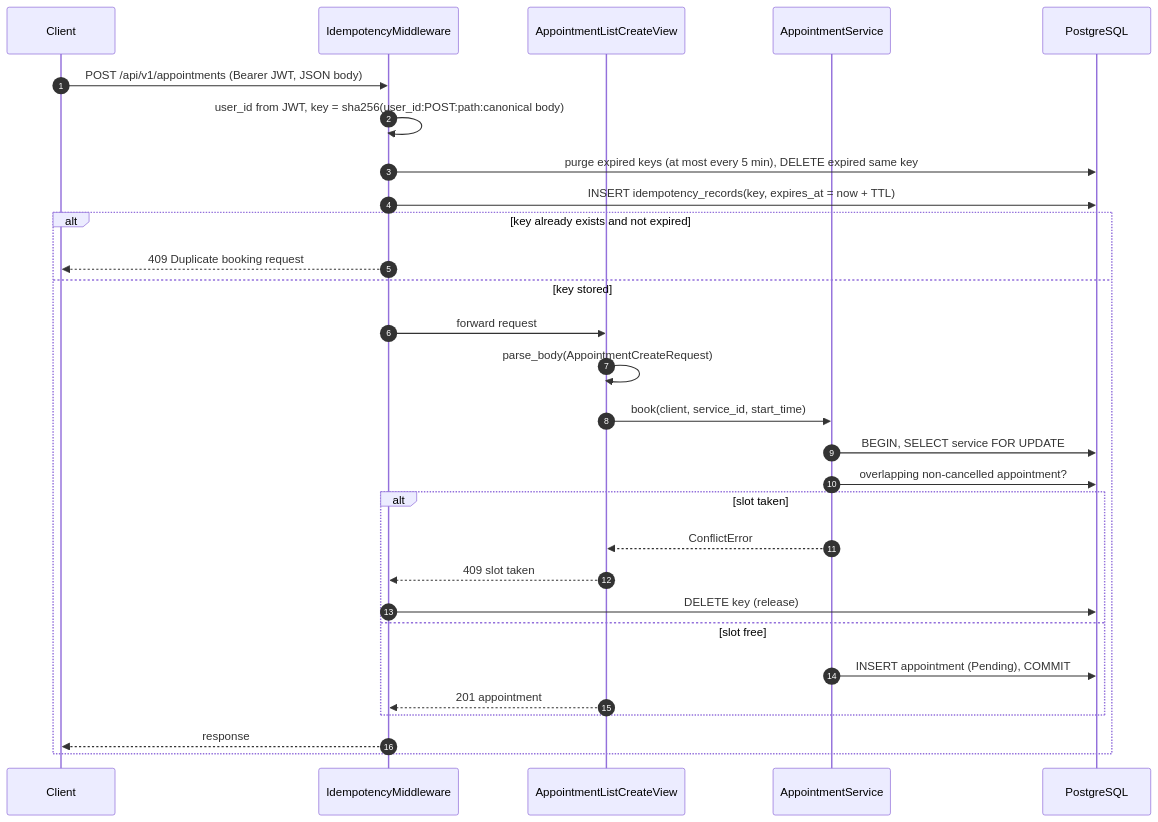
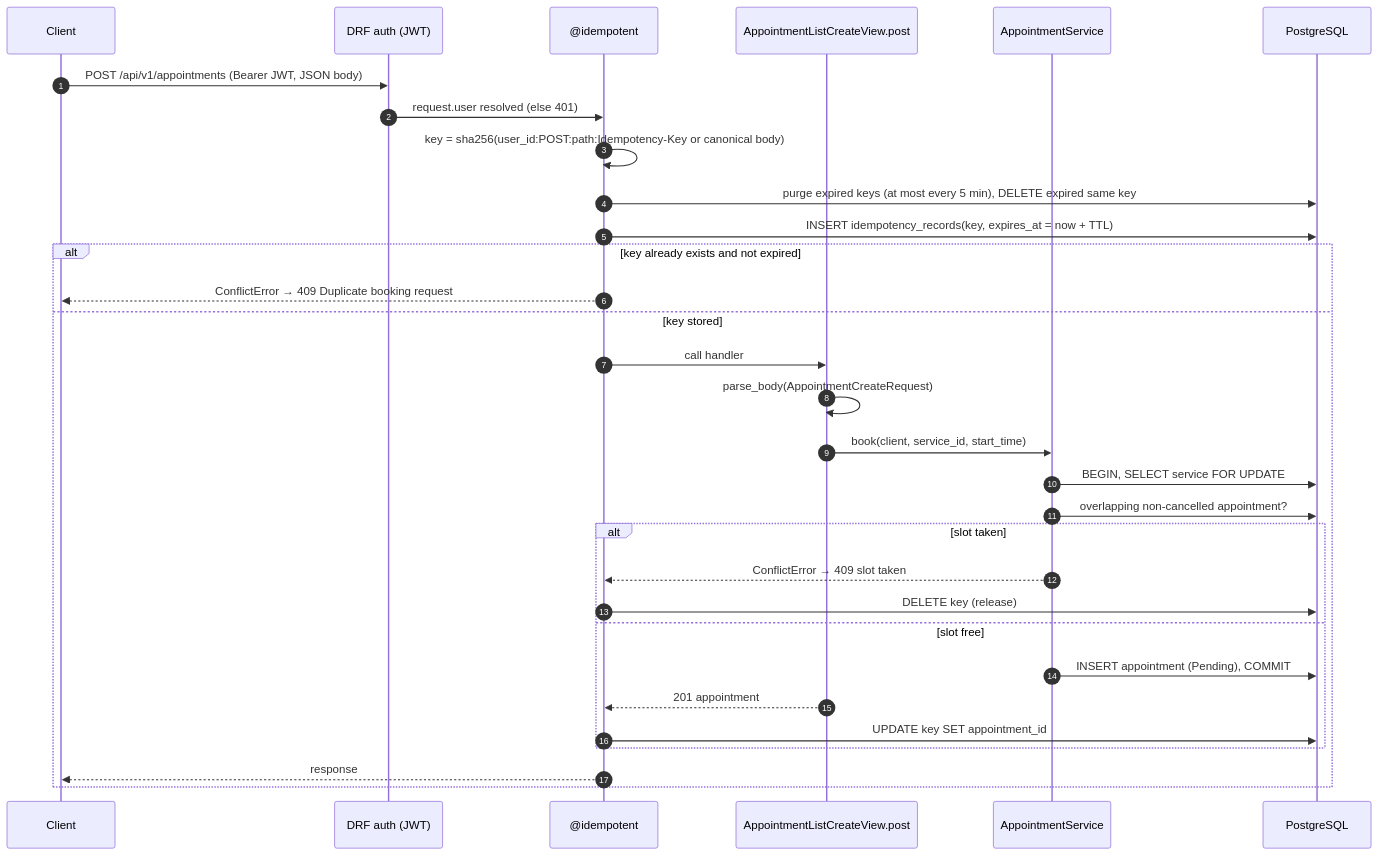
Before and after one commit to YonatanHen/BookItAPI: the second of 3 diagrams in docs/architecture.md, drawn with Mermaid. The commit also changed other lines of this file and 15 other files, not shown here.

Commit message:
feat(idempotency): reject duplicate bookings with an @idempotent DRF decorator, DB-backed hash TTL and purge

````diff
--- a/docs/architecture.md
+++ b/docs/architecture.md
@@ -90,32 +90,34 @@
 ```mermaid
 sequenceDiagram
     autonumber
     participant C as Client
-    participant MW as IdempotencyMiddleware
-    participant V as AppointmentListCreateView
+    participant D as DRF auth (JWT)
+    participant I as @idempotent
+    participant V as AppointmentListCreateView.post
     participant S as AppointmentService
     participant DB as PostgreSQL
 
-    C->>MW: POST /api/v1/appointments (Bearer JWT, JSON body)
-    MW->>MW: user_id from JWT, key = sha256(user_id:POST:path:canonical body)
-    MW->>DB: purge expired keys (at most every 5 min), DELETE expired same key
-    MW->>DB: INSERT idempotency_records(key, expires_at = now + TTL)
+    C->>D: POST /api/v1/appointments (Bearer JWT, JSON body)
+    D->>I: request.user resolved (else 401)
+    I->>I: key = sha256(user_id:POST:path:Idempotency-Key or canonical body)
+    I->>DB: purge expired keys (at most every 5 min), DELETE expired same key
+    I->>DB: INSERT idempotency_records(key, expires_at = now + TTL)
     alt key already exists and not expired
-        MW-->>C: 409 Duplicate booking request
+        I-->>C: ConflictError → 409 Duplicate booking request
     else key stored
-        MW->>V: forward request
+        I->>V: call handler
         V->>V: parse_body(AppointmentCreateRequest)
         V->>S: book(client, service_id, start_time)
         S->>DB: BEGIN, SELECT service FOR UPDATE
         S->>DB: overlapping non-cancelled appointment?
         alt slot taken
-            S-->>V: ConflictError
-            V-->>MW: 409 slot taken
-            MW->>DB: DELETE key (release)
+            S-->>I: ConflictError → 409 slot taken
+            I->>DB: DELETE key (release)
         else slot free
             S->>DB: INSERT appointment (Pending), COMMIT
-            V-->>MW: 201 appointment
+            V-->>I: 201 appointment
+            I->>DB: UPDATE key SET appointment_id
         end
-        MW-->>C: response
+        I-->>C: response
     end
 ```
````
